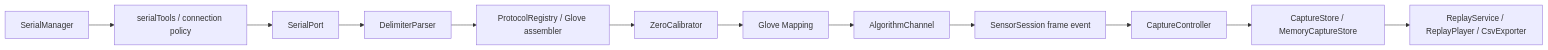
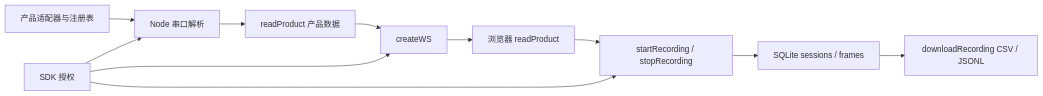
Before and after one commit to liudada118/shroomSDK: the diagram in ARCHITECTURE.md, drawn with Mermaid. The commit also changed other lines of this file and 391 other files, not shown here.

````diff
--- a/ARCHITECTURE.md
+++ b/ARCHITECTURE.md
@@ -50,14 +61,13 @@
 ```mermaid
 flowchart LR
-  M["SerialManager"] --> T["serialTools / connection policy"]
-  T --> A["SerialPort"]
-  A --> B["DelimiterParser"]
-  B --> C["ProtocolRegistry / Glove assembler"]
-  C --> D["ZeroCalibrator"]
-  D --> H["Glove Mapping"]
-  H --> J["AlgorithmChannel"]
-  J --> E["SensorSession frame event"]
-  E --> I["CaptureController"]
-  I --> F["CaptureStore / MemoryCaptureStore"]
-  F --> G["ReplayService / ReplayPlayer / CsvExporter"]
+  A[产品适配器与注册表] --> B[Node 串口解析]
+  B --> C[readProduct 产品数据]
+  C --> D[createWS]
+  D --> E[浏览器 readProduct]
+  E --> F[startRecording / stopRecording]
+  F --> G[SQLite sessions / frames]
+  G --> H[downloadRecording CSV / JSONL]
+  L[SDK 授权] --> B
+  L --> D
+  L --> F
 ```
````
